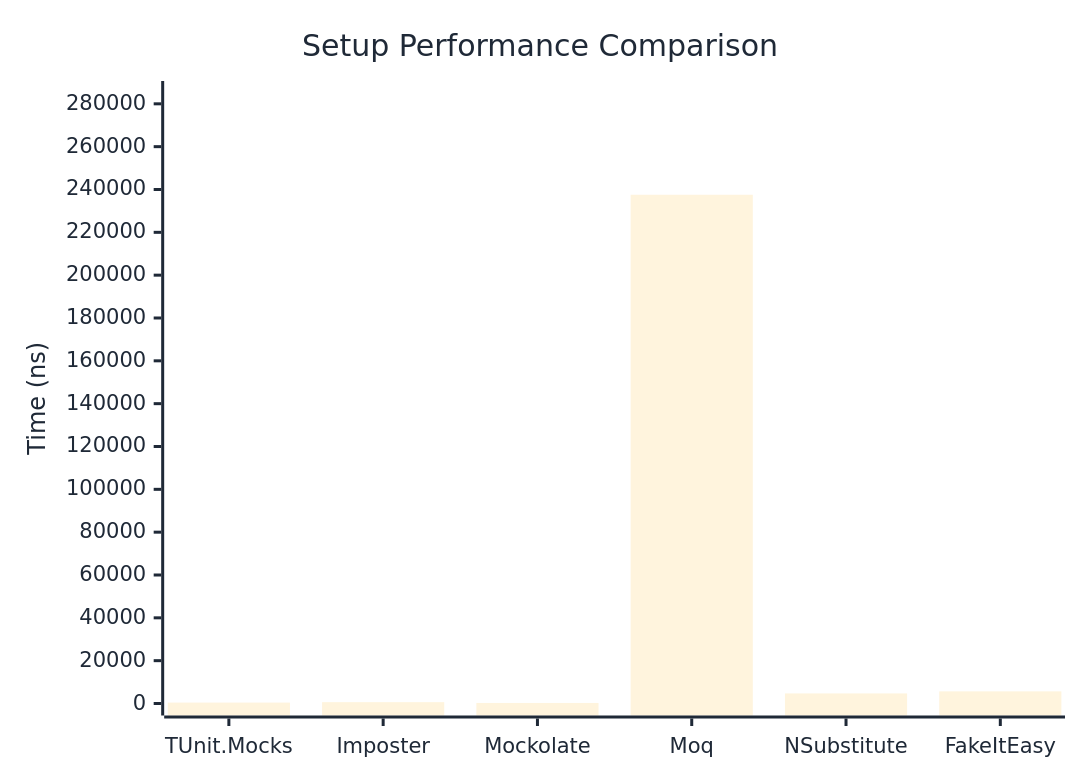
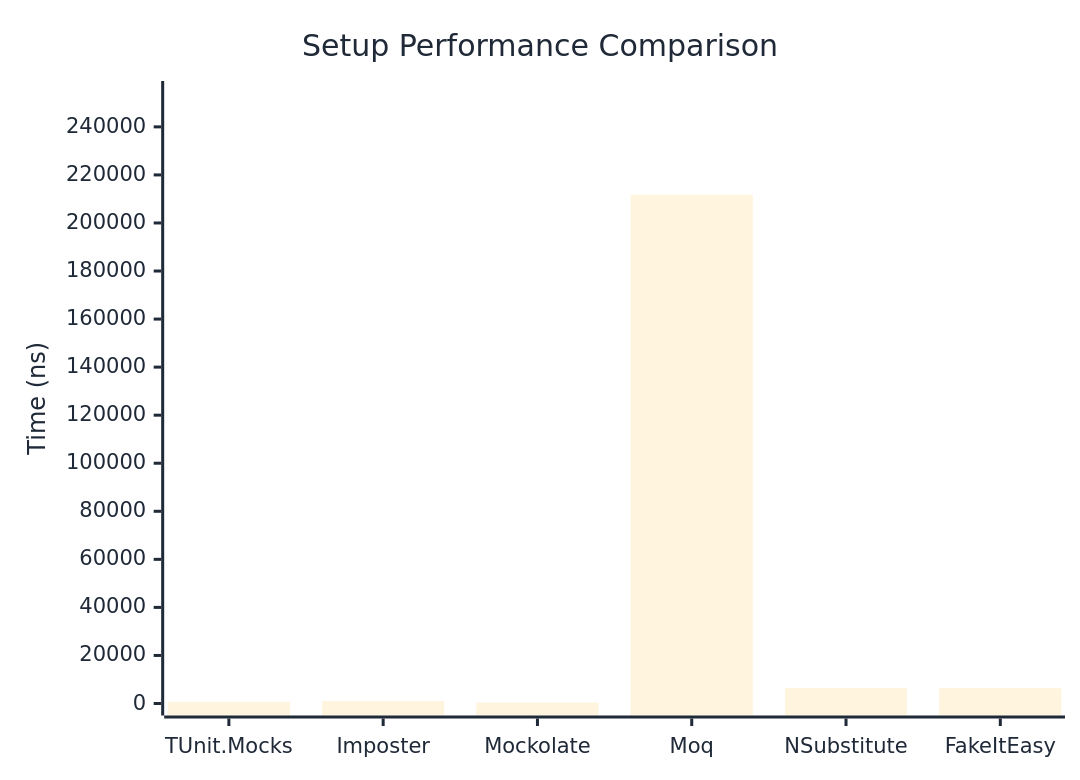
Before and after one commit to thomhurst/TUnit: the first of 2 diagrams in docs/docs/benchmarks/mocks/Setup.md, drawn with Mermaid. The commit also changed other lines of this file and 14 other files, not shown here.

````diff
--- a/docs/docs/benchmarks/mocks/Setup.md
+++ b/docs/docs/benchmarks/mocks/Setup.md
@@ -30,27 +30,27 @@
 ```mermaid
 %%{init: {
   'theme':'base',
   'themeVariables': {
     'primaryColor': '#2563eb',
     'primaryTextColor': '#1f2937',
     'primaryBorderColor': '#1e40af',
     'lineColor': '#6b7280',
     'secondaryColor': '#7c3aed',
     'tertiaryColor': '#dc2626',
     'background': '#ffffff',
     'pie1': '#2563eb',
     'pie2': '#7c3aed',
     'pie3': '#dc2626',
     'pie4': '#f59e0b',
     'pie5': '#10b981',
     'pie6': '#06b6d4',
     'pie7': '#ec4899',
     'pie8': '#6366f1'
   }
 }}%%
 xychart-beta
   title "Setup Performance Comparison"
   x-axis ["TUnit.Mocks", "Imposter", "Mockolate", "Moq", "NSubstitute", "FakeItEasy"]
-  y-axis "Time (ns)" 0 --> 285055
-  bar [430.8, 620.9, 256, 237545.5, 4702.9, 5663.7]
+  y-axis "Time (ns)" 0 --> 254096
+  bar [683.1, 1037.4, 397.8, 211746.6, 6392.7, 6395.1]
 ```
````
